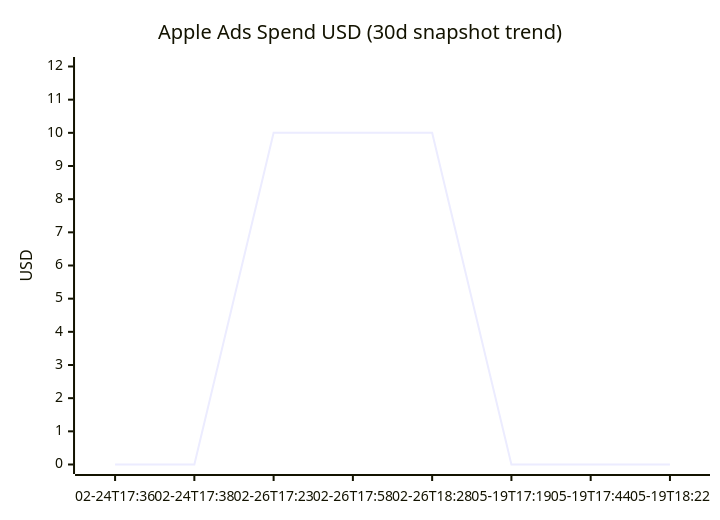
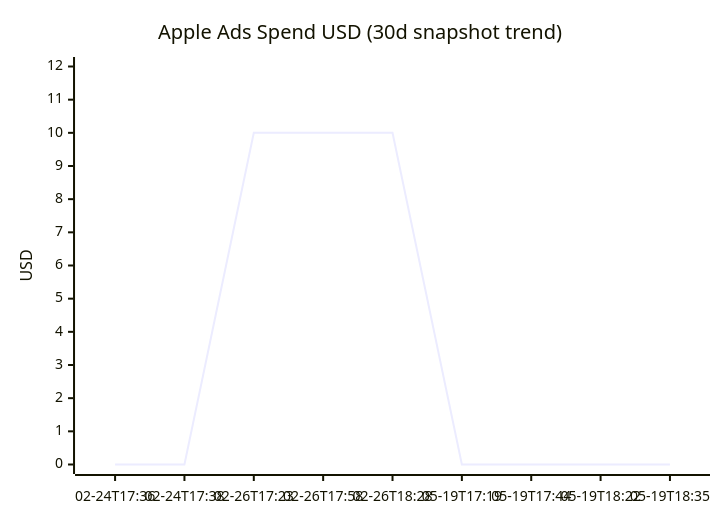
One commit to IgorGanapolsky/Random-Timer changed the fourth of 4 diagrams in wiki/Paid-Acquisition.md. Above: the diagram before and after it, drawn with Mermaid. The commit also changed other lines of this file and 9 other files, not shown here.

````diff
--- a/wiki/Paid-Acquisition.md
+++ b/wiki/Paid-Acquisition.md
@@ -66,7 +66,7 @@
 ```mermaid
 xychart-beta
     title "Apple Ads Spend USD (30d snapshot trend)"
-    x-axis ["02-24T17:36" , "02-24T17:38" , "02-26T17:23" , "02-26T17:58" , "02-26T18:28" , "05-19T17:19" , "05-19T17:44" , "05-19T18:22"]
+    x-axis ["02-24T17:36" , "02-24T17:38" , "02-26T17:23" , "02-26T17:58" , "02-26T18:28" , "05-19T17:19" , "05-19T17:44" , "05-19T18:22" , "05-19T18:35"]
     y-axis "USD" 0 --> 12
-    line [0.0 , 0.0 , 10.0 , 10.0 , 10.0 , 0.0 , 0.0 , 0.0]
+    line [0.0 , 0.0 , 10.0 , 10.0 , 10.0 , 0.0 , 0.0 , 0.0 , 0.0]
 ```
````
